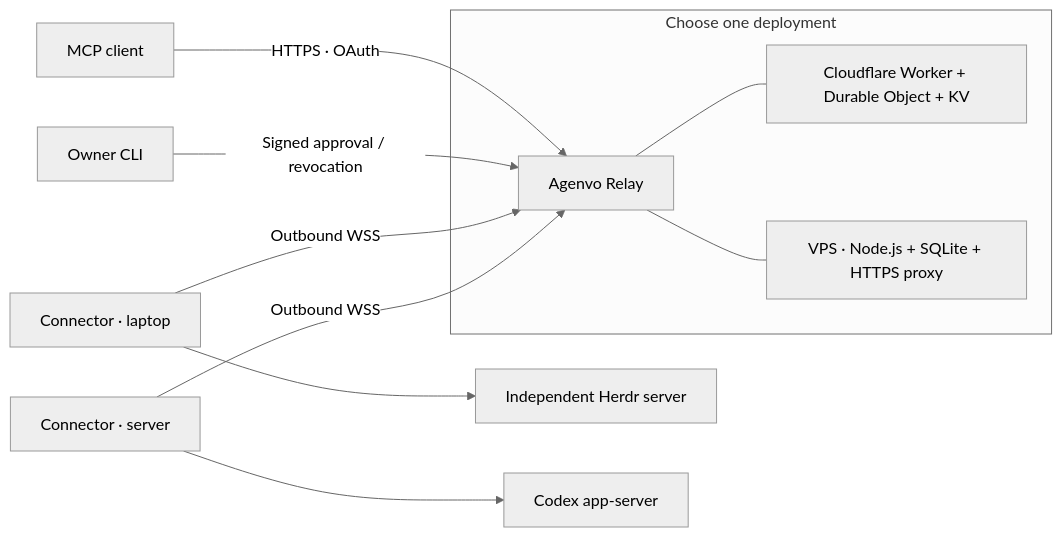
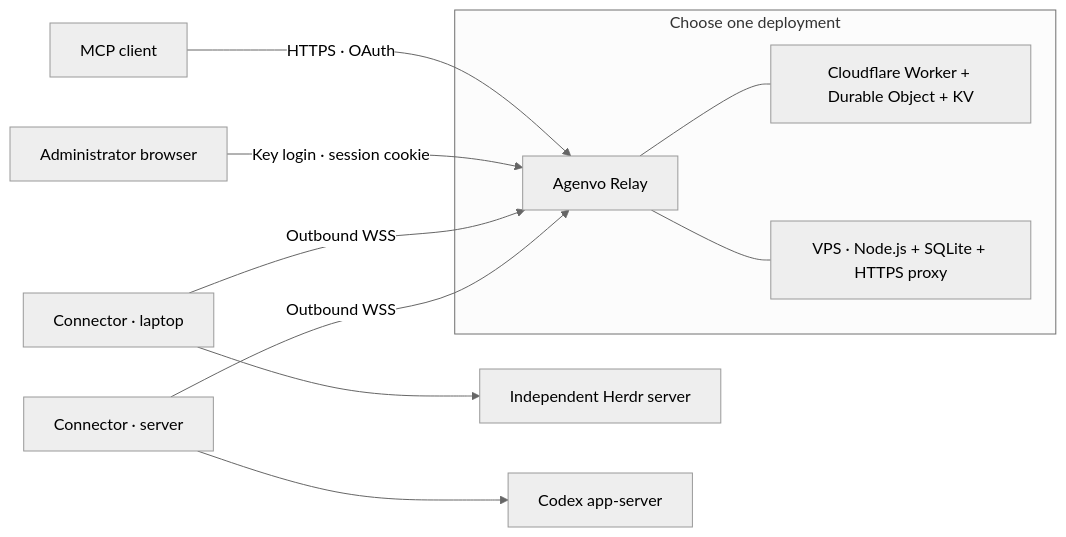
One commit to AkaraChen/agenvo changed the diagram in README.md. Above: the diagram before and after it, drawn with Mermaid (neutral theme). The commit also changed other lines of this file and 49 other files, not shown here.

Commit message:
refactor: unify owner login and browser OAuth consent

````diff
--- a/README.md
+++ b/README.md
@@ -9,13 +9,13 @@
 ```mermaid
 flowchart LR
     C["MCP client"] -->|"HTTPS · OAuth"| R["Agenvo Relay"]
-    O["Owner CLI"] -->|"Signed approval / revocation"| R
+    O["Administrator browser"] -->|"Key login · session cookie"| R
     subgraph Deployment["Choose one deployment"]
       R --- CF["Cloudflare Worker + Durable Object + KV"]
       R --- VPS["VPS · Node.js + SQLite + HTTPS proxy"]
     end
     A["Connector · laptop"] -->|"Outbound WSS"| R
     B["Connector · server"] -->|"Outbound WSS"| R
     A --> H["Independent Herdr server"]
     B --> X["Codex app-server"]
 ```
````
